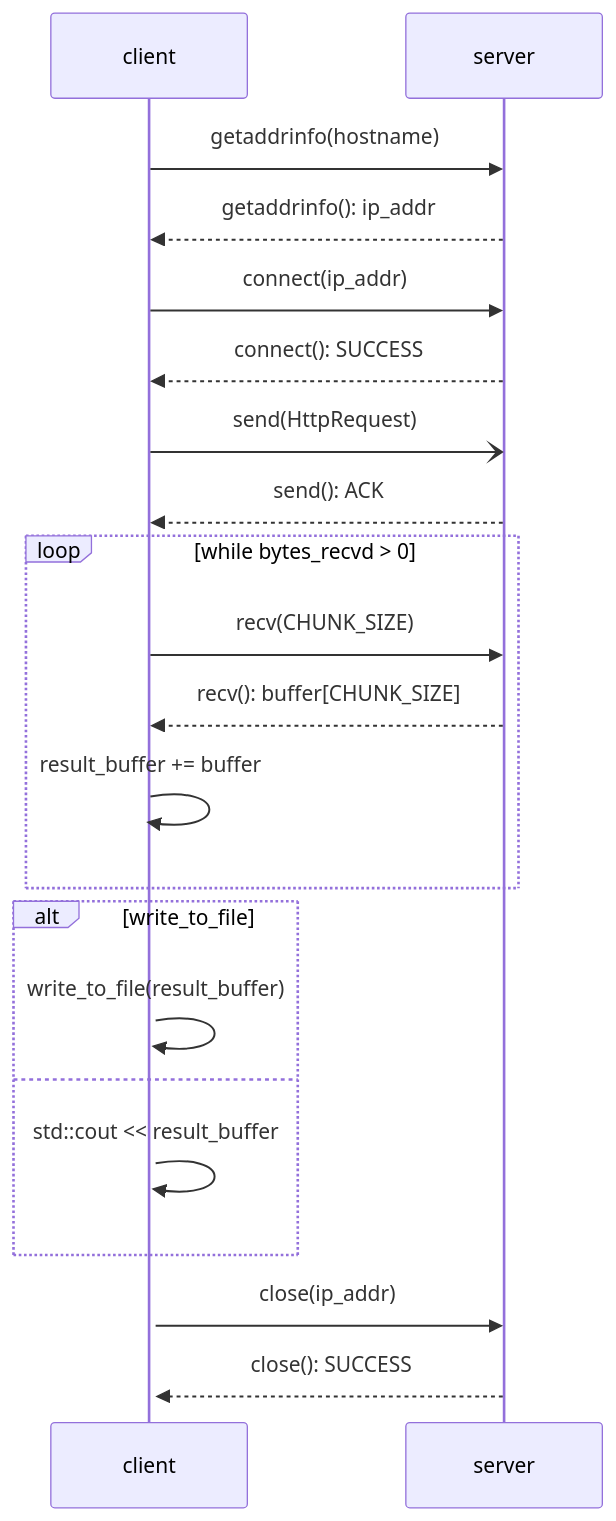
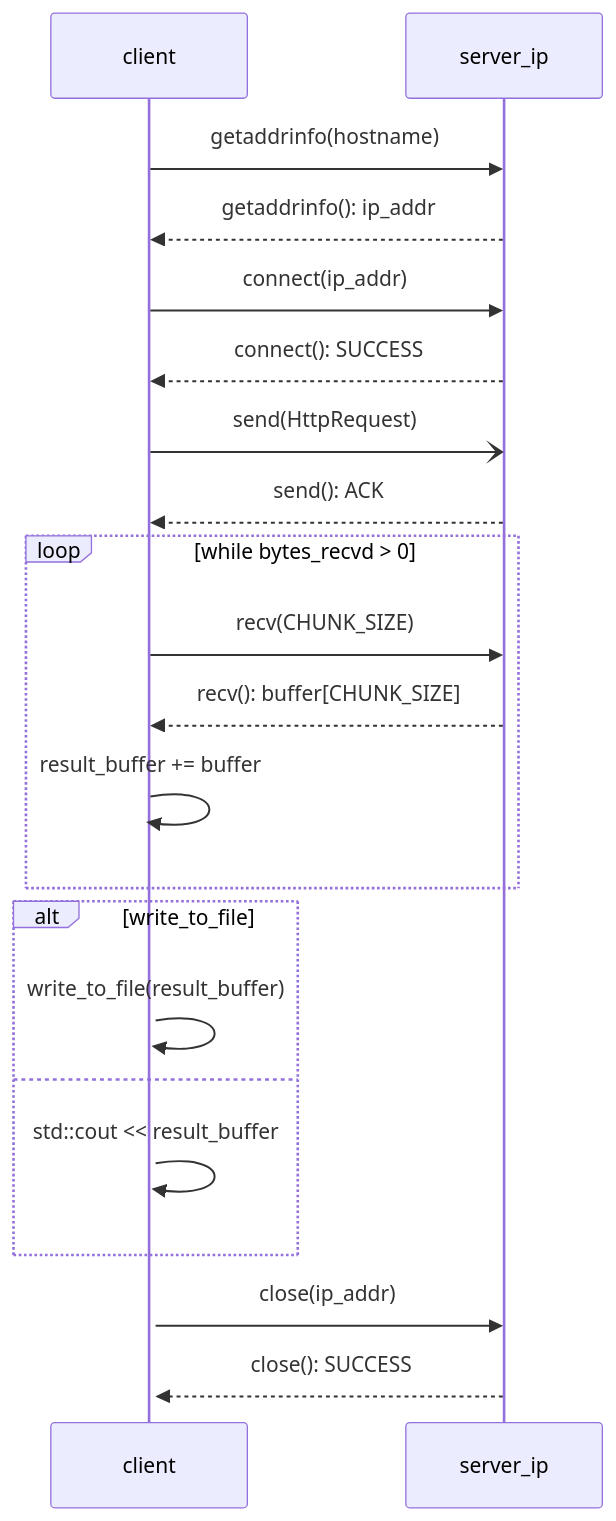
Before and after one commit to hugoppp-uni/Rechnernetze: the diagram in aufg2_3_http/snatch/README.md, drawn with Mermaid. The commit also changed 7 other files, not shown here.

````diff
--- a/aufg2_3_http/snatch/README.md
+++ b/aufg2_3_http/snatch/README.md
@@ -25,25 +25,25 @@
 ```mermaid
 sequenceDiagram
     participant client
-    participant server
-    client->>server: getaddrinfo(hostname)
-    server-->>client: getaddrinfo(): ip_addr
-    client->>server: connect(ip_addr)
-    server-->>client: connect(): SUCCESS
+    participant server_ip
+    client->>server_ip: getaddrinfo(hostname)
+    server_ip-->>client: getaddrinfo(): ip_addr
+    client->>server_ip: connect(ip_addr)
+    server_ip-->>client: connect(): SUCCESS
     
-    client-)server: send(HttpRequest)
-    server-->>client: send(): ACK
+    client-)server_ip: send(HttpRequest)
+    server_ip-->>client: send(): ACK
     loop while bytes_recvd > 0
-        client->>server: recv(CHUNK_SIZE)
-        server-->>client: recv(): buffer[CHUNK_SIZE]
+        client->>server_ip: recv(CHUNK_SIZE)
+        server_ip-->>client: recv(): buffer[CHUNK_SIZE]
         client->>+client: result_buffer += buffer
     end
         alt write_to_file
             client->>client: write_to_file(result_buffer)
         else
             client->>client: std::cout << result_buffer
         end
     
-    client->>server: close(ip_addr)
-    server-->>client: close(): SUCCESS
+    client->>server_ip: close(ip_addr)
+    server_ip-->>client: close(): SUCCESS
 ```
````
